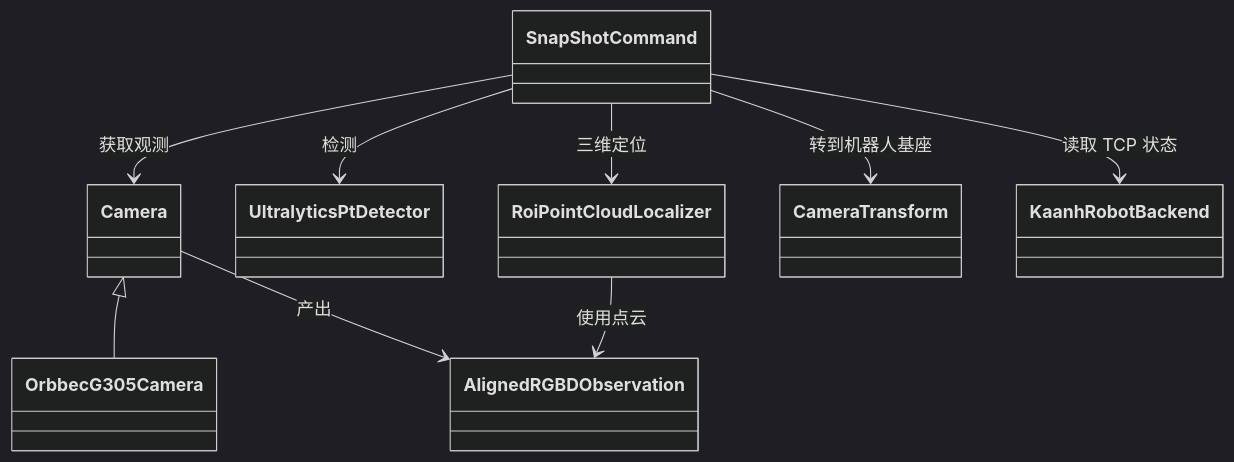
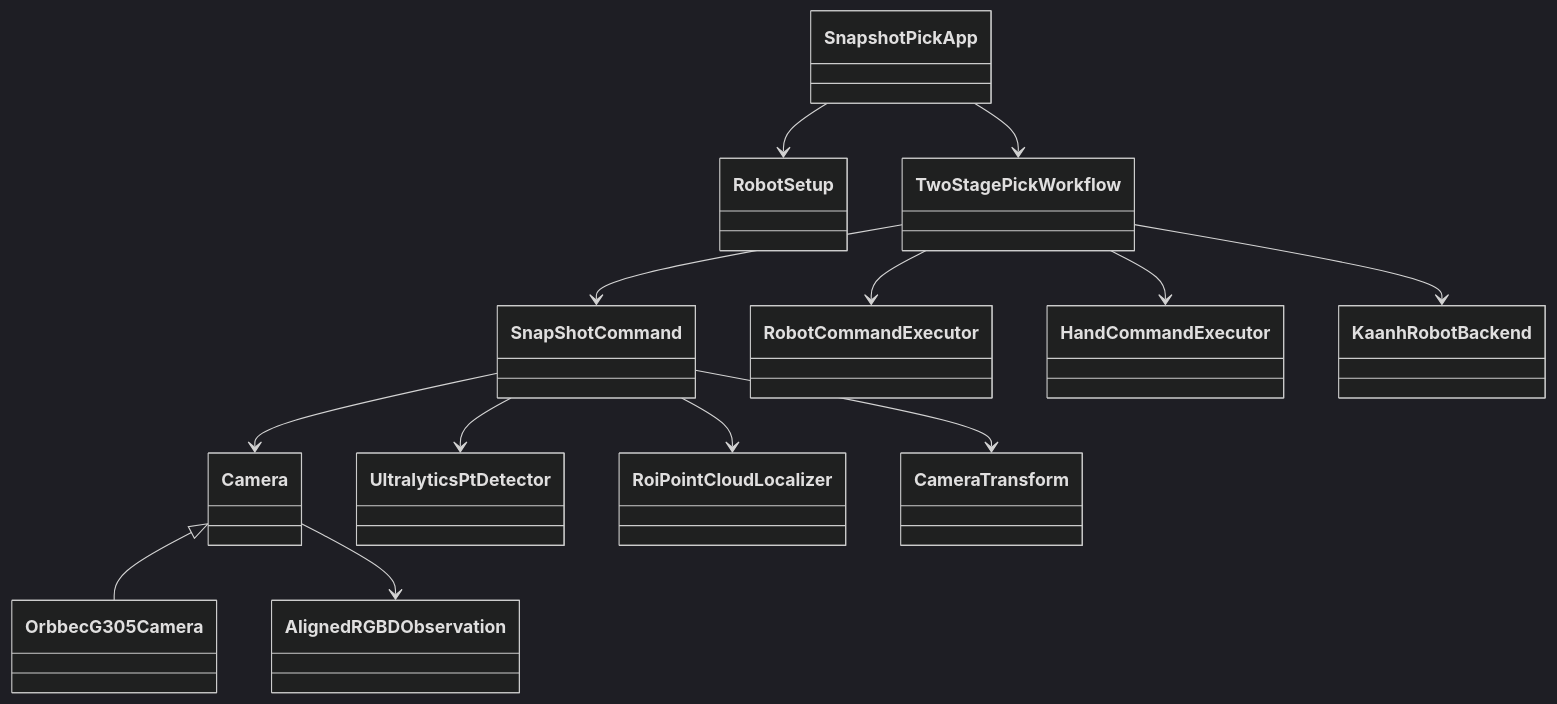
The diagram in docs/CODEBASE_MAP.md (JaGuarPENG/KaanhPilot), drawn with Mermaid (dark theme) before and after one commit. The commit also changed other lines of this file and 14 other files, not shown here.

````diff
--- a/docs/CODEBASE_MAP.md
+++ b/docs/CODEBASE_MAP.md
@@ -70,11 +62,15 @@
 ```mermaid
 classDiagram
+    SnapshotPickApp --> RobotSetup
+    SnapshotPickApp --> TwoStagePickWorkflow
+    TwoStagePickWorkflow --> SnapShotCommand
+    TwoStagePickWorkflow --> RobotCommandExecutor
+    TwoStagePickWorkflow --> HandCommandExecutor
+    TwoStagePickWorkflow --> KaanhRobotBackend
+    SnapShotCommand --> Camera
+    SnapShotCommand --> UltralyticsPtDetector
+    SnapShotCommand --> RoiPointCloudLocalizer
+    SnapShotCommand --> CameraTransform
     Camera <|-- OrbbecG305Camera
-    Camera --> AlignedRGBDObservation : 产出
-    SnapShotCommand --> Camera : 获取观测
-    SnapShotCommand --> UltralyticsPtDetector : 检测
-    SnapShotCommand --> RoiPointCloudLocalizer : 三维定位
-    SnapShotCommand --> CameraTransform : 转到机器人基座
-    SnapShotCommand --> KaanhRobotBackend : 读取 TCP 状态
-    RoiPointCloudLocalizer --> AlignedRGBDObservation : 使用点云
+    Camera --> AlignedRGBDObservation
 ```
````
